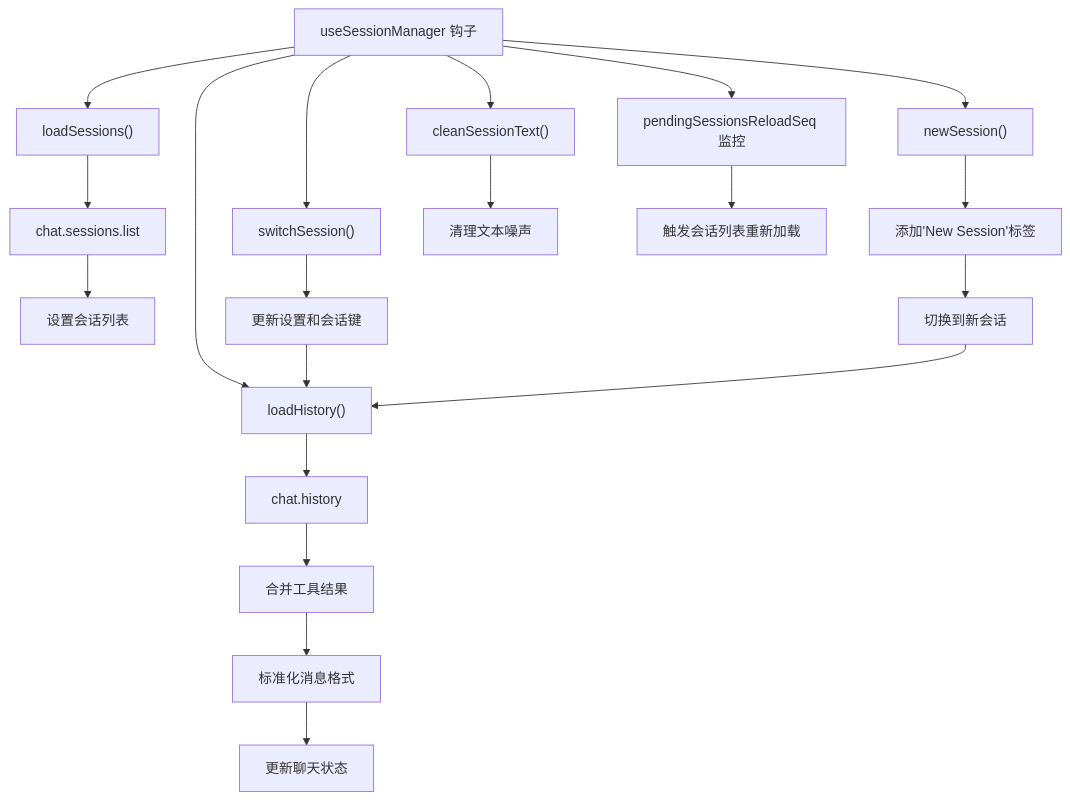
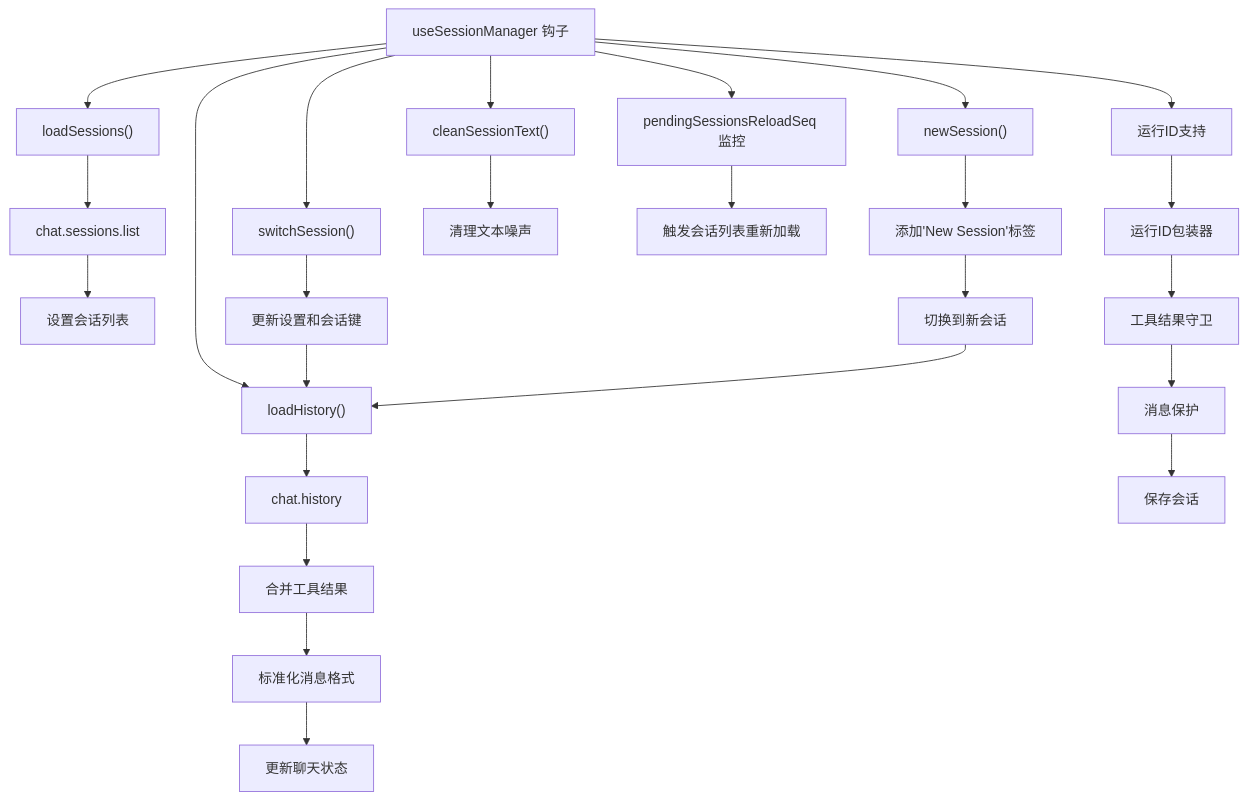
Before and after one commit to verse-ai-org/openclaw: diagram 16 of 19 in .qoder/repowiki/zh/content/核心概念/会话管理.md, drawn with Mermaid. The commit also changed other lines of this file and 95 other files, not shown here.

````diff
--- a/.qoder/repowiki/zh/content/核心概念/会话管理.md
+++ b/.qoder/repowiki/zh/content/核心概念/会话管理.md
@@ -798,22 +907,27 @@
 ```mermaid
 flowchart TD
 USM["useSessionManager 钩子"] --> LS["loadSessions()"]
 USM --> LH["loadHistory()"]
 USM --> SS["switchSession()"]
 USM --> NS["newSession()"]
 USM --> CST["cleanSessionText()"]
 USM --> PRS["pendingSessionsReloadSeq 监控"]
+USM --> RID["运行ID支持"]
 LS --> RPC1["chat.sessions.list"]
 RPC1 --> SET1["设置会话列表"]
 LH --> RPC2["chat.history"]
 RPC2 --> MERGE["合并工具结果"]
 MERGE --> NORMALIZE["标准化消息格式"]
 NORMALIZE --> SET2["更新聊天状态"]
 SS --> UPDATE["更新设置和会话键"]
 UPDATE --> LH
 NS --> ADD["添加'New Session'标签"]
 ADD --> SWITCH["切换到新会话"]
 SWITCH --> LH
 CST --> CLEAN["清理文本噪声"]
 PRS --> RELOAD["触发会话列表重新加载"]
+RID --> WRAP["运行ID包装器"]
+WRAP --> GUARD["工具结果守卫"]
+GUARD --> PROTECT["消息保护"]
+PROTECT --> SAVE["保存会话"]
 ```
````
